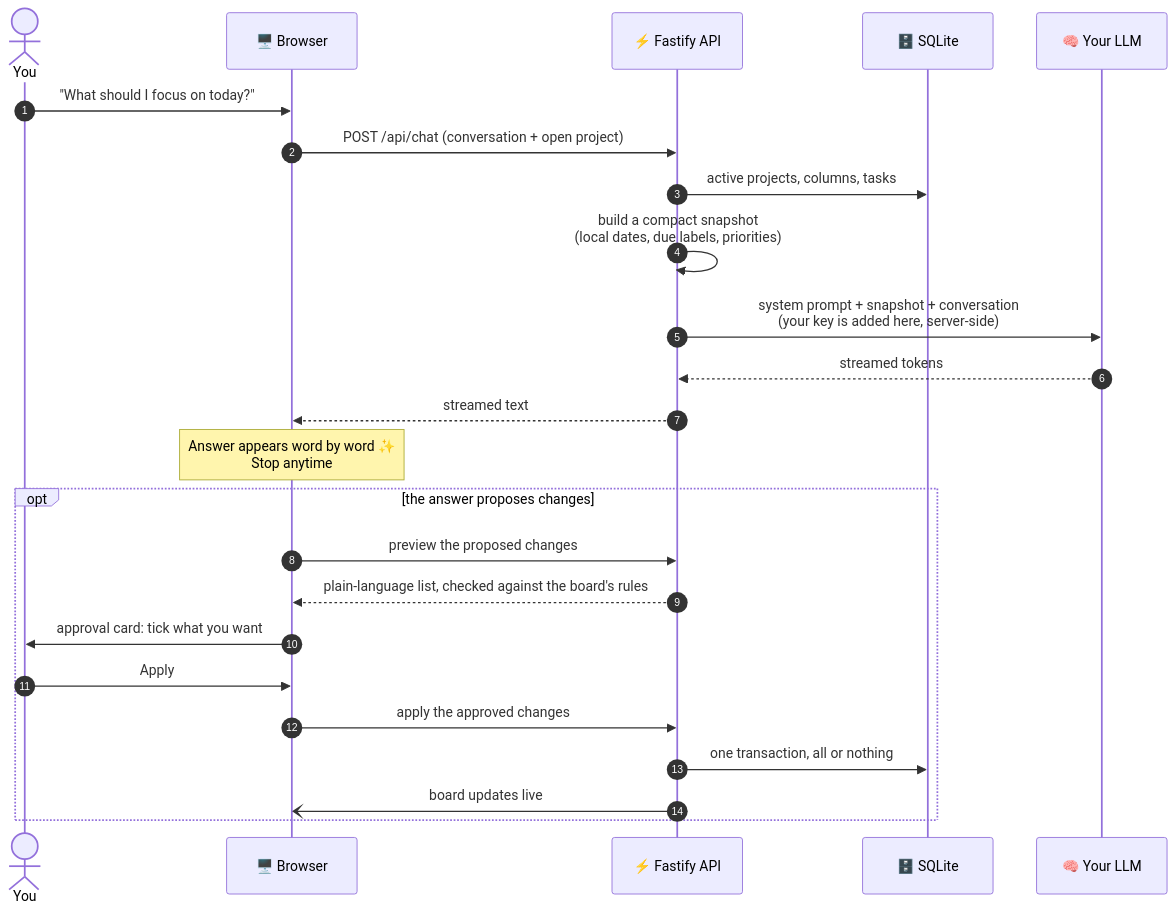
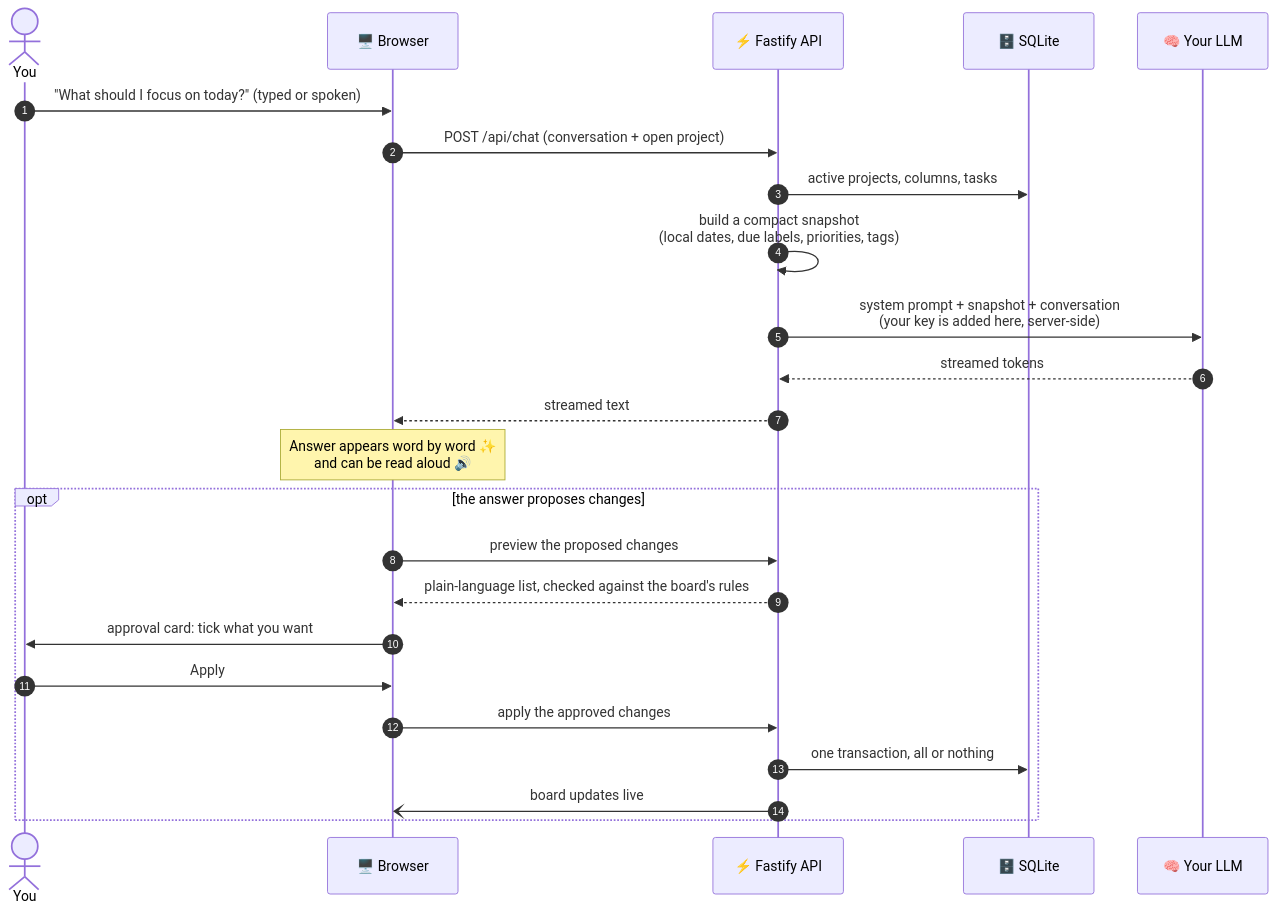
The second of 4 diagrams in README.md (Parv17k/tasktracker), drawn with Mermaid before and after one commit. The commit also changed other lines of this file and 18 other files, not shown here.

Commit message:
README: AI assistant with voice and approvals, timeline, tags and priorities; fresh screenshots

````diff
--- a/README.md
+++ b/README.md
@@ -332,27 +345,27 @@
 ```mermaid
 sequenceDiagram
     autonumber
     actor You
     participant UI as 🖥️ Browser
     participant API as ⚡ Fastify API
     participant DB as 🗄️ SQLite
     participant LLM as 🧠 Your LLM
 
-    You->>UI: "What should I focus on today?"
+    You->>UI: "What should I focus on today?" (typed or spoken)
     UI->>API: POST /api/chat (conversation + open project)
     API->>DB: active projects, columns, tasks
-    API->>API: build a compact snapshot<br/>(local dates, due labels, priorities)
+    API->>API: build a compact snapshot<br/>(local dates, due labels, priorities, tags)
     API->>LLM: system prompt + snapshot + conversation<br/>(your key is added here, server-side)
     LLM-->>API: streamed tokens
     API-->>UI: streamed text
-    Note over UI: Answer appears word by word ✨<br/>Stop anytime
+    Note over UI: Answer appears word by word ✨<br/>and can be read aloud 🔊
     opt the answer proposes changes
         UI->>API: preview the proposed changes
         API-->>UI: plain-language list, checked against the board's rules
         UI->>You: approval card: tick what you want
         You->>UI: Apply
         UI->>API: apply the approved changes
         API->>DB: one transaction, all or nothing
         API-)UI: board updates live
     end
 ```
````
